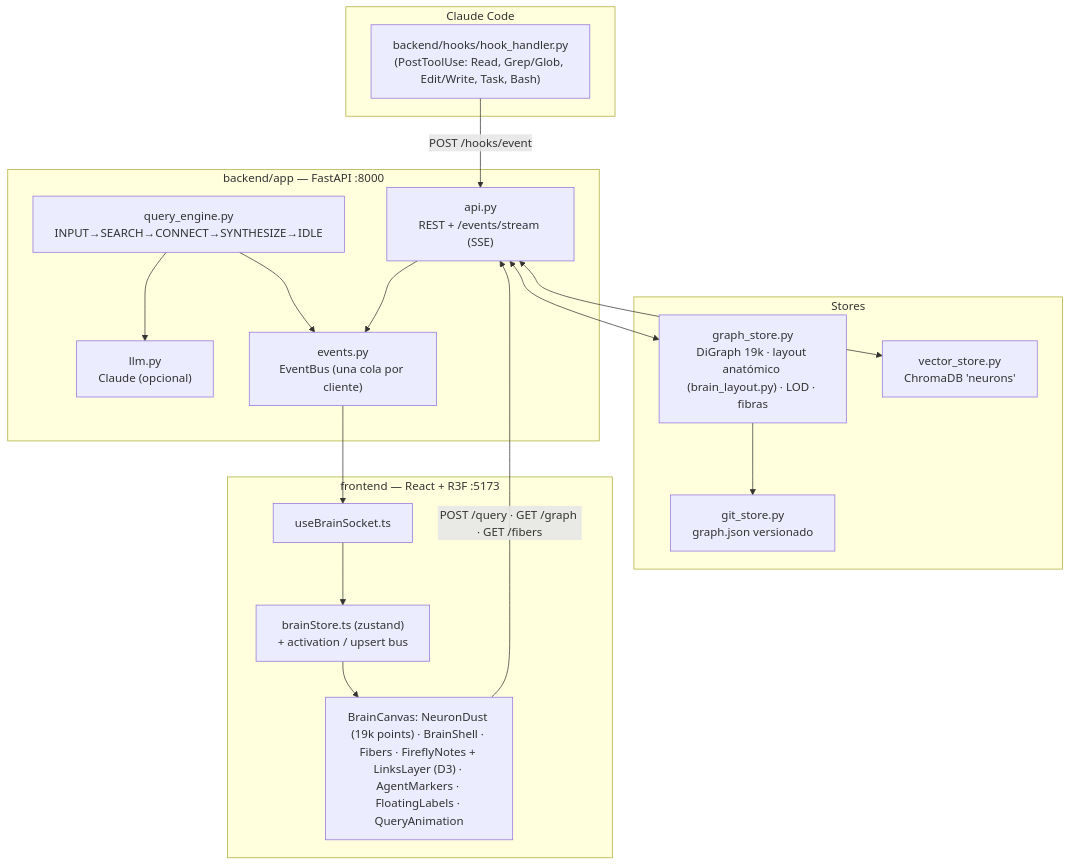
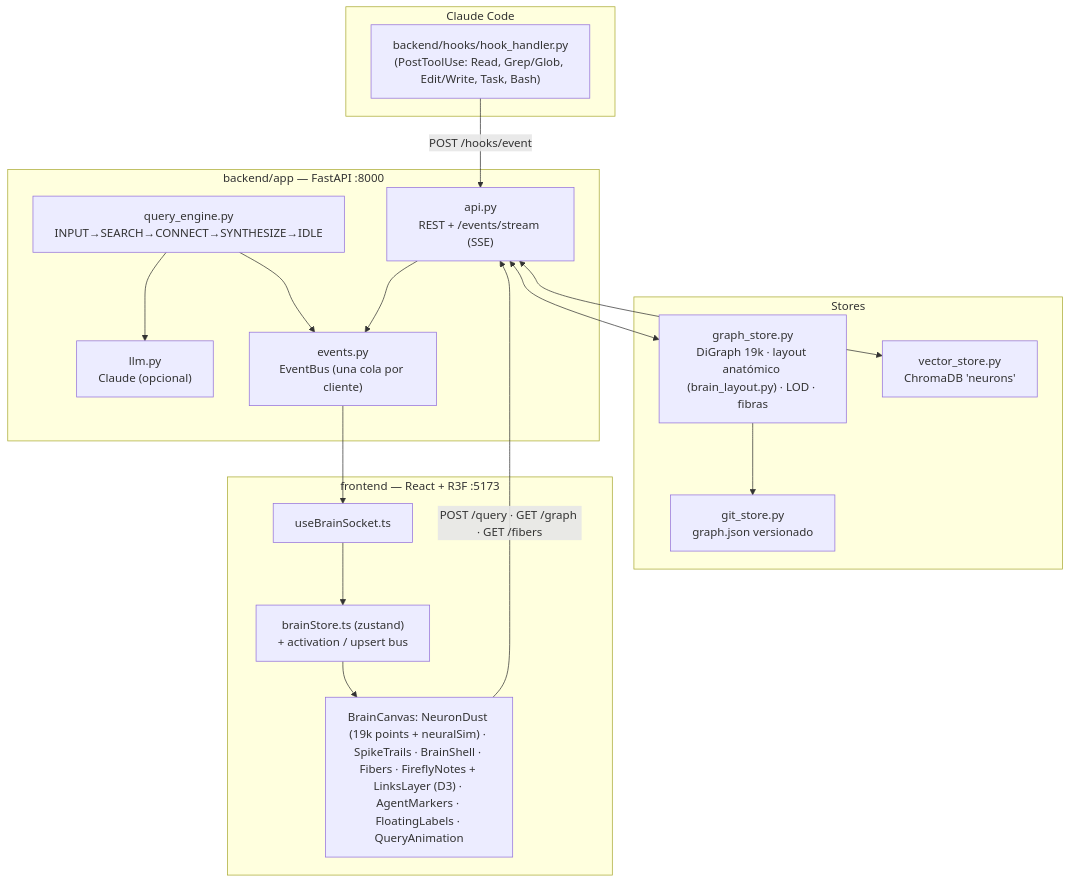
One commit to adrianlunamx/NEURAL-BRAIN changed the diagram in docs/ARCHITECTURE.md. Above: the diagram before and after it, drawn with Mermaid. The commit also changed other lines of this file and 17 other files, not shown here.

````diff
--- a/docs/ARCHITECTURE.md
+++ b/docs/ARCHITECTURE.md
@@ -6,28 +6,28 @@
 ```mermaid
 flowchart TB
     subgraph CC["Claude Code"]
         HOOKS["backend/hooks/hook_handler.py\n(PostToolUse: Read, Grep/Glob, Edit/Write, Task, Bash)"]
     end
     subgraph BE["backend/app — FastAPI :8000"]
         API["api.py\nREST + /events/stream (SSE)"]
         QE["query_engine.py\nINPUT→SEARCH→CONNECT→SYNTHESIZE→IDLE"]
         LLM["llm.py\nClaude (opcional)"]
         BUS["events.py\nEventBus (una cola por cliente)"]
     end
     subgraph ST["Stores"]
         GS["graph_store.py\nDiGraph 19k · layout anatómico (brain_layout.py) · LOD · fibras"]
         VS["vector_store.py\nChromaDB 'neurons'"]
         GIT["git_store.py\ngraph.json versionado"]
     end
     subgraph FE["frontend — React + R3F :5173"]
         SOCK["useBrainSocket.ts"] --> STORE["brainStore.ts (zustand)\n+ activation / upsert bus"]
-        STORE --> CANVAS["BrainCanvas: NeuronDust (19k points) · BrainShell · Fibers · FireflyNotes + LinksLayer (D3) · AgentMarkers · FloatingLabels · QueryAnimation"]
+        STORE --> CANVAS["BrainCanvas: NeuronDust (19k points + neuralSim) · SpikeTrails · BrainShell · Fibers · FireflyNotes + LinksLayer (D3) · AgentMarkers · FloatingLabels · QueryAnimation"]
     end
     HOOKS -->|POST /hooks/event| API
     API <--> GS & VS
     QE --> LLM
     QE --> BUS
     API --> BUS --> SOCK
     GS --> GIT
     CANVAS -->|POST /query · GET /graph · GET /fibers| API
 ```
````
